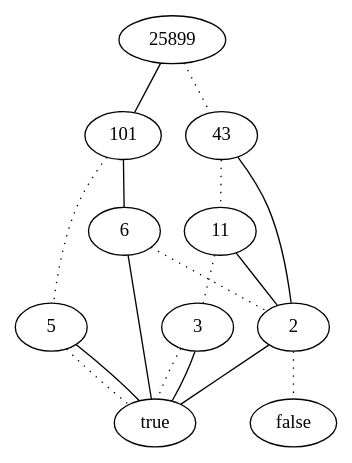
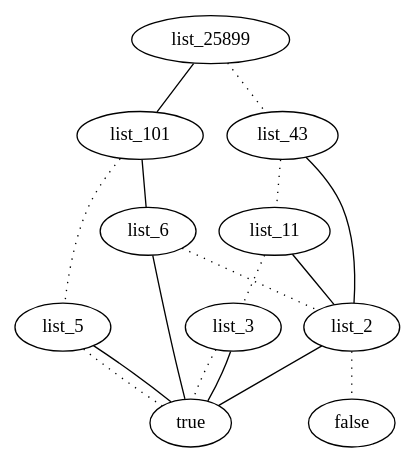
One commit to TiantianTitan/ocaml_projet changed the diagram in projet_ocaml_2023/graphe_par_list.dot. Above: the diagram before and after it, drawn with Graphviz. The commit also changed 3 other files, not shown here.

```diff
--- a/projet_ocaml_2023/graphe_par_list.dot
+++ b/projet_ocaml_2023/graphe_par_list.dot
@@ -1,18 +1,18 @@
 graph {
-6 -- 2 [style=dotted]
-6 -- true
-5 -- true [style=dotted]
-5 -- true
-101 -- 5 [style=dotted]
-101 -- 6
-2 -- false [style=dotted]
-2 -- true
-3 -- true [style=dotted]
-3 -- true
-11 -- 3 [style=dotted]
-11 -- 2
-43 -- 11 [style=dotted]
-43 -- 2
-25899 -- 43 [style=dotted]
-25899 -- 101
+list_6 -- list_2 [style=dotted]
+list_6 -- true
+list_5 -- true [style=dotted]
+list_5 -- true
+list_101 -- list_5 [style=dotted]
+list_101 -- list_6
+list_2 -- false [style=dotted]
+list_2 -- true
+list_3 -- true [style=dotted]
+list_3 -- true
+list_11 -- list_3 [style=dotted]
+list_11 -- list_2
+list_43 -- list_11 [style=dotted]
+list_43 -- list_2
+list_25899 -- list_43 [style=dotted]
+list_25899 -- list_101
 }
```
